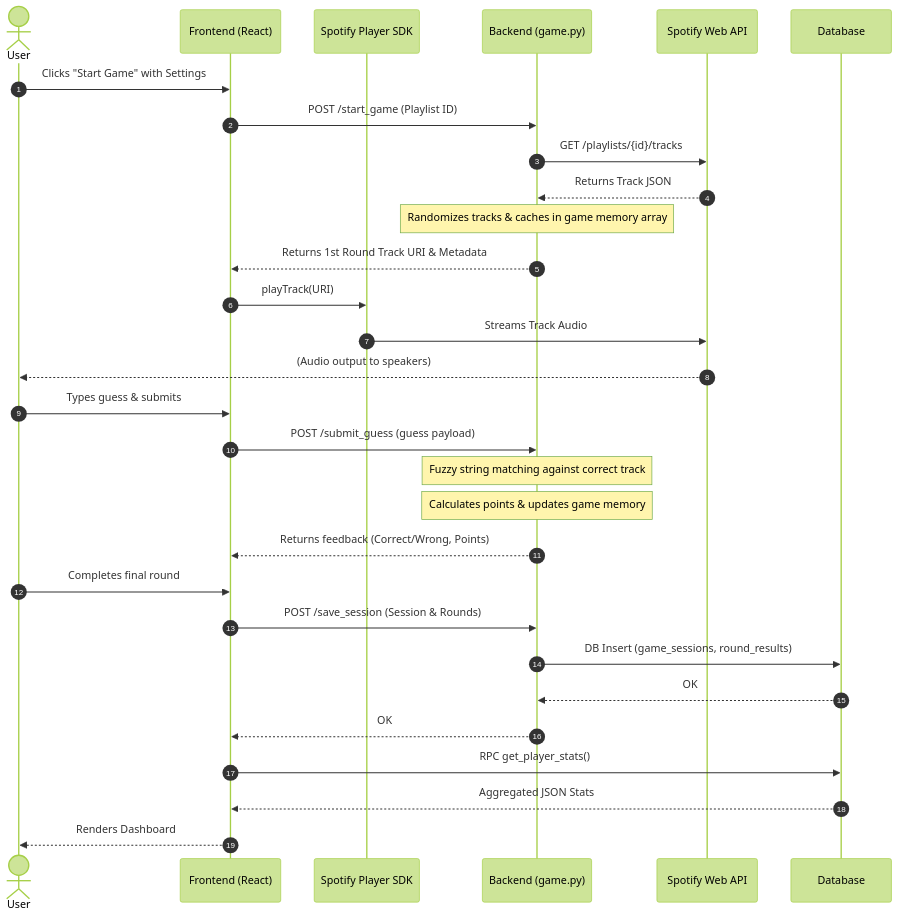
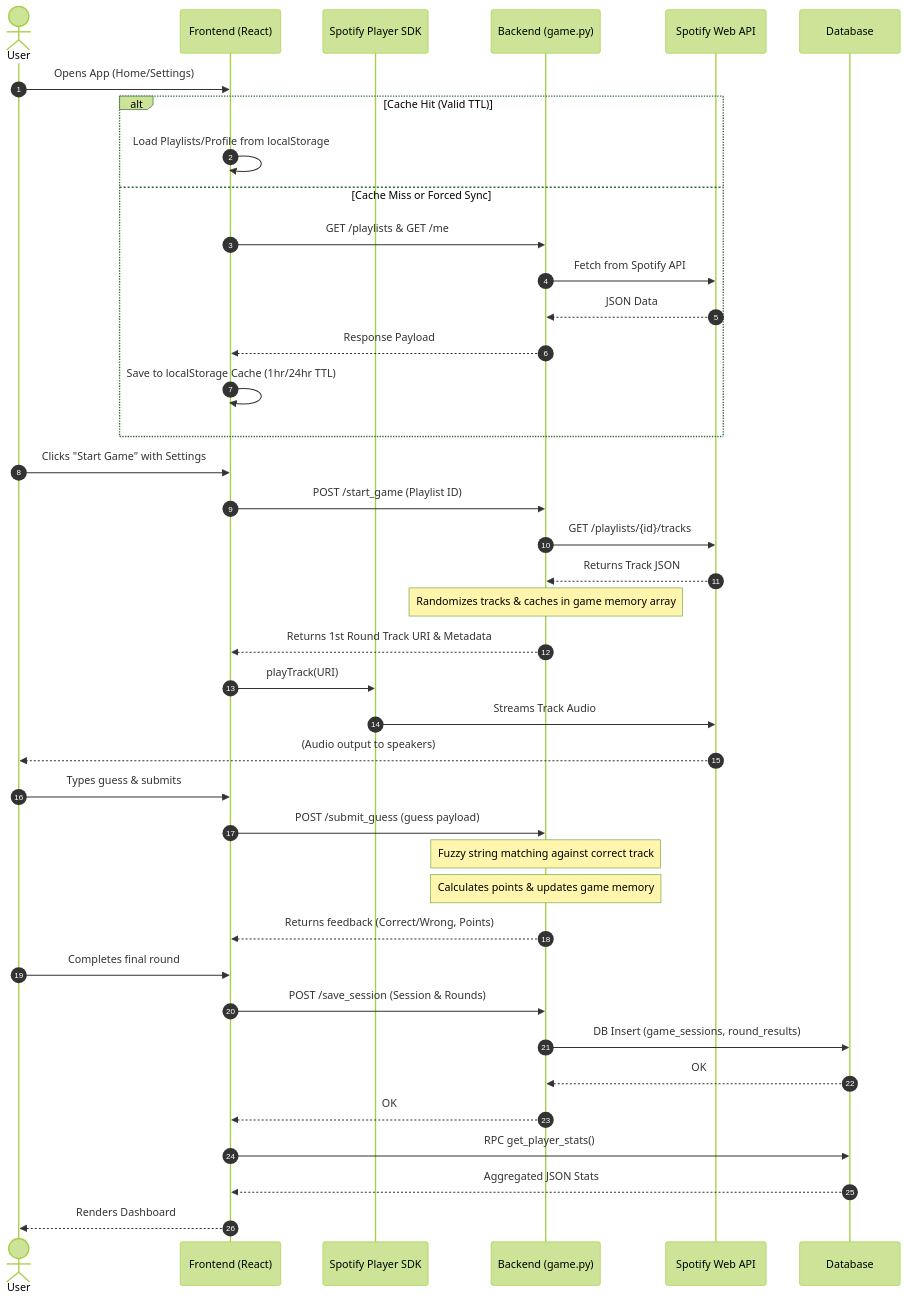
The second of 4 diagrams in README.md (VaibhaVSharmaVvs/Beatify), drawn with Mermaid (forest theme) before and after one commit. The commit also changed other lines of this file, not shown here.

Commit message:
Updated Readme with deployment

````diff
--- a/README.md
+++ b/README.md
@@ -173,42 +176,54 @@
 ```mermaid
 sequenceDiagram
     autonumber
     actor User
     participant React as Frontend (React)
     participant SDK as Spotify Player SDK
     participant FastAPI as Backend (game.py)
     participant Spotify as Spotify Web API
     participant Supabase as Database
+
+    %% App Initialization & Caching
+    User->>React: Opens App (Home/Settings)
+    alt Cache Hit (Valid TTL)
+        React->>React: Load Playlists/Profile from localStorage
+    else Cache Miss or Forced Sync
+        React->>FastAPI: GET /playlists & GET /me
+        FastAPI->>Spotify: Fetch from Spotify API
+        Spotify-->>FastAPI: JSON Data
+        FastAPI-->>React: Response Payload
+        React->>React: Save to localStorage Cache (1hr/24hr TTL)
+    end
 
     %% Start Game
     User->>React: Clicks "Start Game" with Settings
     React->>FastAPI: POST /start_game (Playlist ID)
     FastAPI->>Spotify: GET /playlists/{id}/tracks
     Spotify-->>FastAPI: Returns Track JSON
     Note over FastAPI: Randomizes tracks & caches in game memory array
     FastAPI-->>React: Returns 1st Round Track URI & Metadata
 
     %% Play Audio
     React->>SDK: playTrack(URI)
     SDK->>Spotify: Streams Track Audio
     Spotify-->>User: (Audio output to speakers)
 
     %% Submit Guess
     User->>React: Types guess & submits
     React->>FastAPI: POST /submit_guess (guess payload)
     Note over FastAPI: Fuzzy string matching against correct track
     Note over FastAPI: Calculates points & updates game memory
     FastAPI-->>React: Returns feedback (Correct/Wrong, Points)
 
     %% End Game
     User->>React: Completes final round
     React->>FastAPI: POST /save_session (Session & Rounds)
     FastAPI->>Supabase: DB Insert (game_sessions, round_results)
     Supabase-->>FastAPI: OK
     FastAPI-->>React: OK
 
     %% Fetch Stats
     React->>Supabase: RPC get_player_stats()
     Supabase-->>React: Aggregated JSON Stats
     React-->>User: Renders Dashboard
 ```
````
